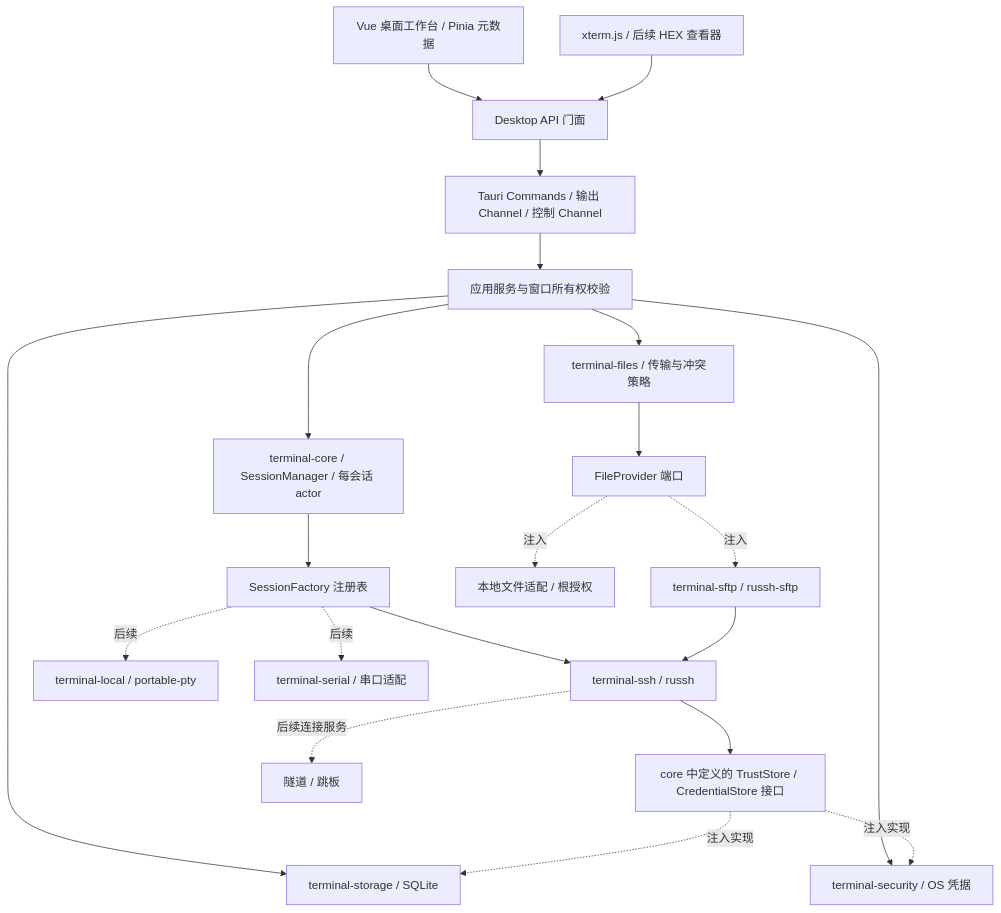
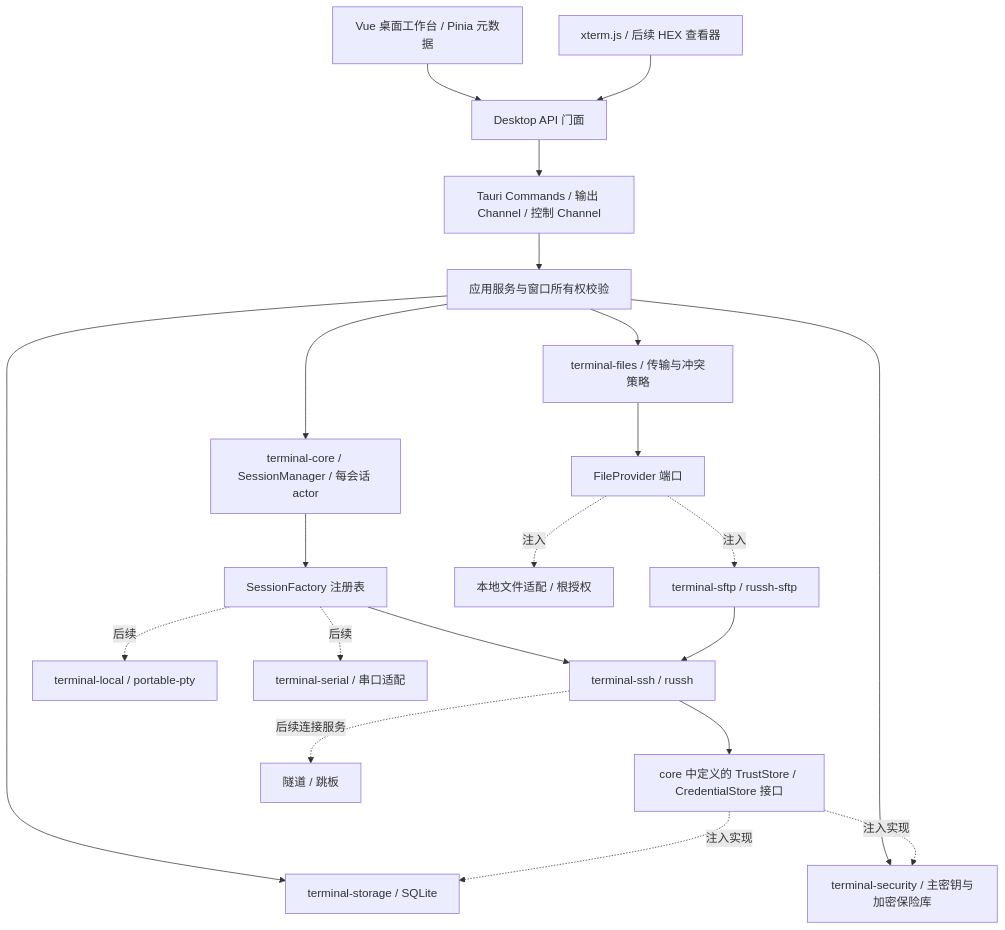
The diagram in docs/03-architecture.md (h3110w0r1d-y/termeta), drawn with Mermaid before and after one commit. The commit also changed other lines of this file and 53 other files, not shown here.

````diff
--- a/docs/03-architecture.md
+++ b/docs/03-architecture.md
@@ -7,23 +7,23 @@
 ```mermaid
 flowchart TB
   UI[Vue 桌面工作台 / Pinia 元数据] --> Bridge[Desktop API 门面]
   Terminal[xterm.js / 后续 HEX 查看器] --> Bridge
   Bridge --> IPC[Tauri Commands / 输出 Channel / 控制 Channel]
   IPC --> App[应用服务与窗口所有权校验]
   App --> Core[terminal-core / SessionManager / 每会话 actor]
   Core --> Factory[SessionFactory 注册表]
   Factory --> SSH[terminal-ssh / russh]
   Factory -. 后续 .-> Local[terminal-local / portable-pty]
   Factory -. 后续 .-> Serial[terminal-serial / 串口适配]
   App --> Store[terminal-storage / SQLite]
-  App --> Security[terminal-security / OS 凭据]
+  App --> Security[terminal-security / 主密钥与加密保险库]
   SSH --> Ports[core 中定义的 TrustStore / CredentialStore 接口]
   Ports -. 注入实现 .-> Store
   Ports -. 注入实现 .-> Security
   App --> Files[terminal-files / 传输与冲突策略]
   Files --> Providers[FileProvider 端口]
   Providers -. 注入 .-> Sftp[terminal-sftp / russh-sftp]
   Providers -. 注入 .-> LocalFiles[本地文件适配 / 根授权]
   Sftp --> SSH
   SSH -. 后续连接服务 .-> Extra[隧道 / 跳板]
 ```
````
